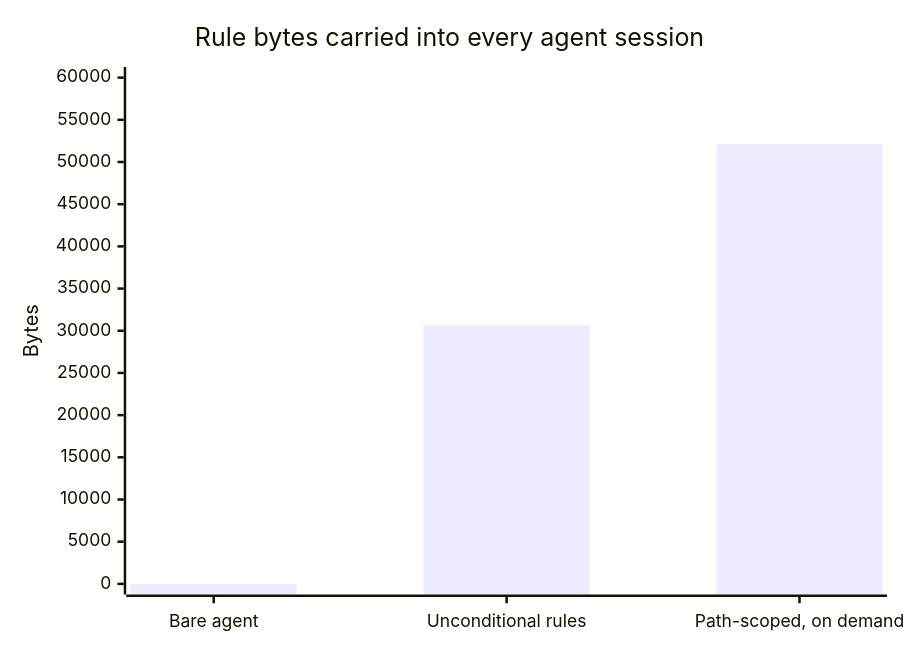
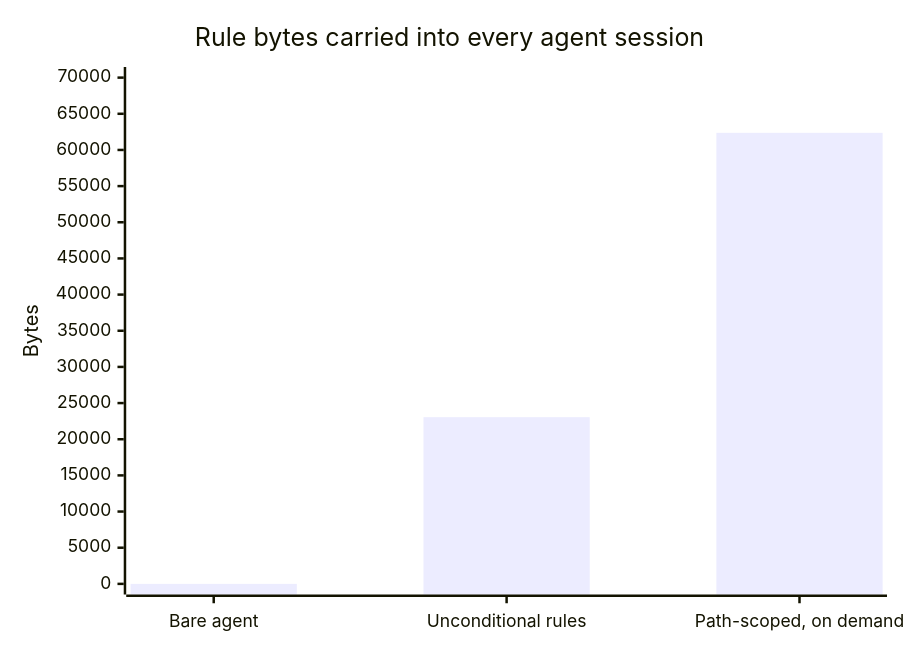
One commit to nguyenhx2/agent-harness-bootstrap changed the second of 2 diagrams in benchmark/RESULTS.md. Above: the diagram before and after it, drawn with Mermaid. The commit also changed other lines of this file and 629 other files, not shown here.

````diff
--- a/benchmark/RESULTS.md
+++ b/benchmark/RESULTS.md
@@ -97,7 +106,7 @@
 ```mermaid
 xychart-beta
     title "Rule bytes carried into every agent session"
     x-axis ["Bare agent", "Unconditional rules", "Path-scoped, on demand"]
-    y-axis "Bytes" 0 --> 60000
-    bar [0, 30643, 52113]
+    y-axis "Bytes" 0 --> 70000
+    bar [0, 23047, 62365]
 ```
````
